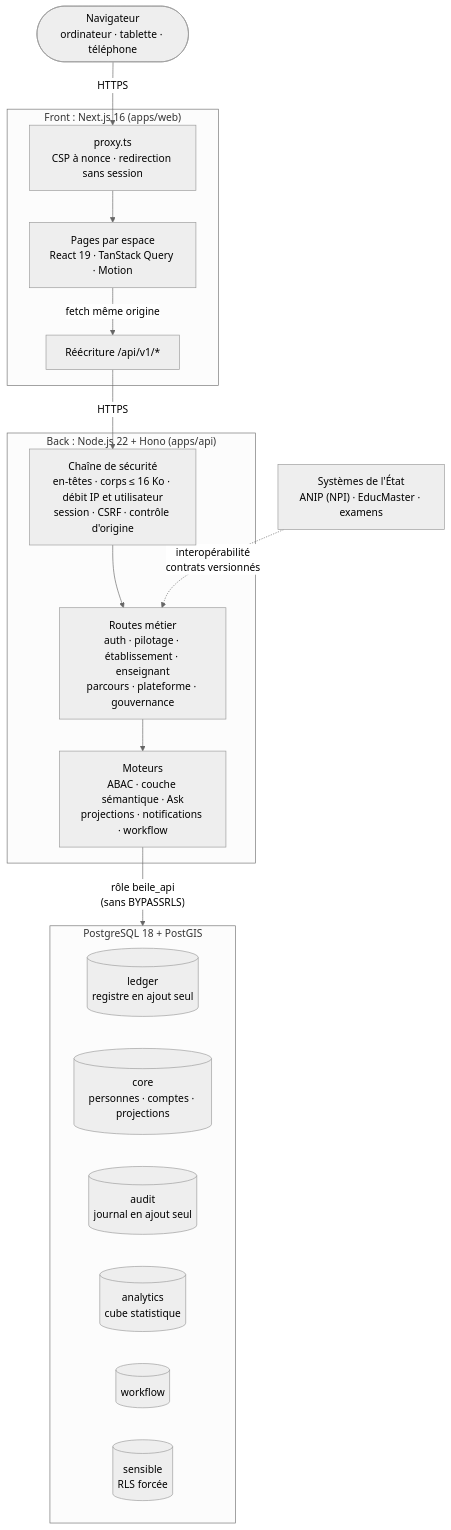
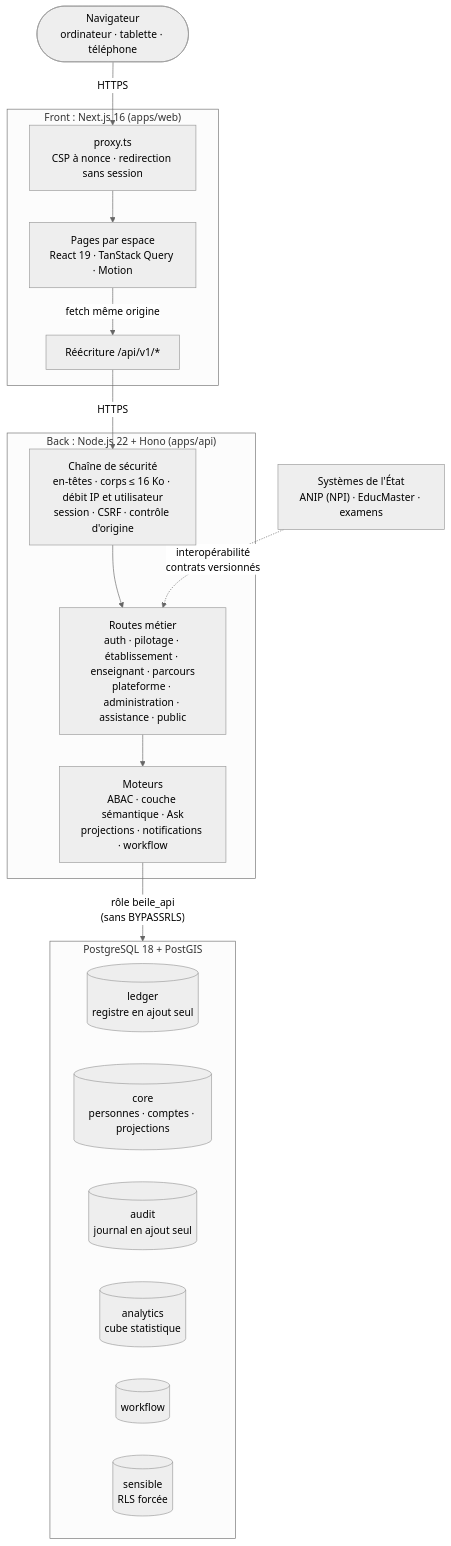
One commit to ahetansaid/EduTech changed the second of 8 diagrams in README.md. Above: the diagram before and after it, drawn with Mermaid (neutral theme). The commit also changed other lines of this file and 19 other files, not shown here.

````diff
--- a/README.md
+++ b/README.md
@@ -96,32 +105,32 @@
 ```mermaid
 flowchart TB
     U(["Navigateur<br/>ordinateur · tablette · téléphone"])
 
     subgraph Front["Front : Next.js 16 (apps/web)"]
         PX["proxy.ts<br/>CSP à nonce · redirection sans session"]
         PG["Pages par espace<br/>React 19 · TanStack Query · Motion"]
         RW["Réécriture /api/v1/*"]
     end
 
     subgraph Back["Back : Node.js 22 + Hono (apps/api)"]
         MW["Chaîne de sécurité<br/>en-têtes · corps ≤ 16 Ko · débit IP et utilisateur<br/>session · CSRF · contrôle d'origine"]
-        RT["Routes métier<br/>auth · pilotage · établissement · enseignant<br/>parcours · plateforme · gouvernance"]
+        RT["Routes métier<br/>auth · pilotage · établissement · enseignant · parcours<br/>plateforme · administration · assistance · public"]
         EN["Moteurs<br/>ABAC · couche sémantique · Ask<br/>projections · notifications · workflow"]
     end
 
     subgraph Donnees["PostgreSQL 18 + PostGIS"]
         LG[("ledger<br/>registre en ajout seul")]
         CO[("core<br/>personnes · comptes · projections")]
         AU[("audit<br/>journal en ajout seul")]
         AN[("analytics<br/>cube statistique")]
         WF[("workflow")]
         SE[("sensible<br/>RLS forcée")]
     end
 
     EXT["Systèmes de l'État<br/>ANIP (NPI) · EducMaster · examens"]
 
     U -->|HTTPS| PX --> PG
     PG -->|"fetch même origine"| RW -->|HTTPS| MW --> RT --> EN
     EN -->|"rôle beile_api<br/>(sans BYPASSRLS)"| Donnees
     EXT -. "interopérabilité<br/>contrats versionnés" .-> RT
 ```
````
